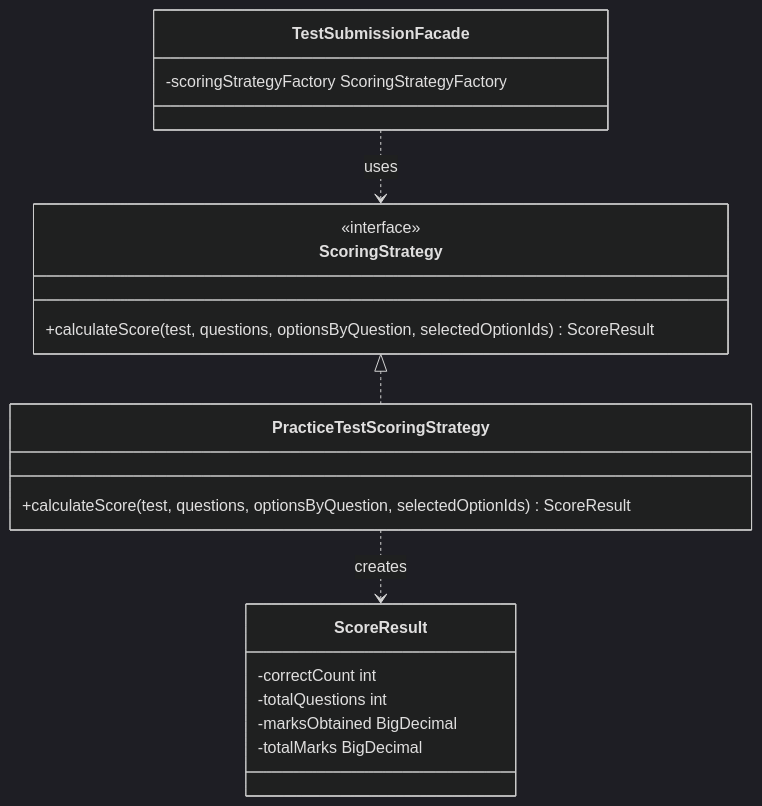
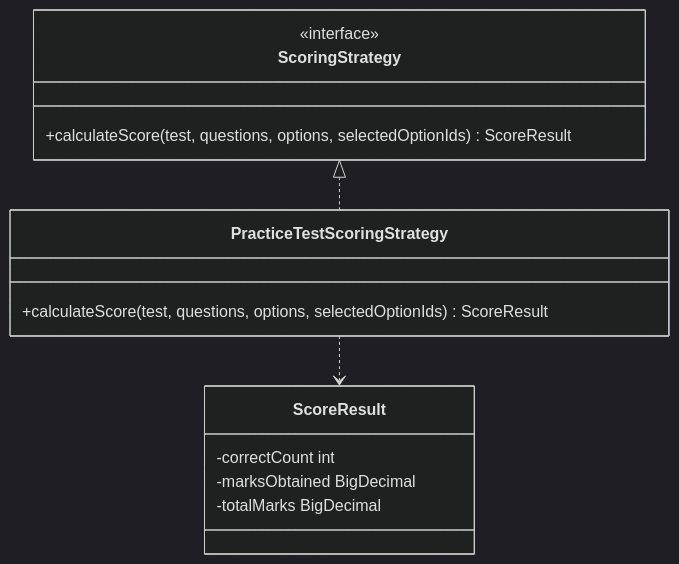
The first of 5 diagrams in backend/src/main/java/com/ieltsbeta/backend/pattern/DESIGN_PATTERNS.md (shook-04/IELTS-BETA), drawn with Mermaid (dark theme) before and after one commit. The commit also changed other lines of this file and 1 other file, not shown here.

````diff
--- a/backend/src/main/java/com/ieltsbeta/backend/pattern/DESIGN_PATTERNS.md
+++ b/backend/src/main/java/com/ieltsbeta/backend/pattern/DESIGN_PATTERNS.md
@@ -18,22 +17,17 @@
 ```mermaid
 classDiagram
     class ScoringStrategy {
         <<interface>>
-        +calculateScore(test, questions, optionsByQuestion, selectedOptionIds) ScoreResult
+        +calculateScore(test, questions, options, selectedOptionIds) ScoreResult
     }
     class PracticeTestScoringStrategy {
-        +calculateScore(test, questions, optionsByQuestion, selectedOptionIds) ScoreResult
+        +calculateScore(test, questions, options, selectedOptionIds) ScoreResult
     }
     class ScoreResult {
         -correctCount int
-        -totalQuestions int
         -marksObtained BigDecimal
         -totalMarks BigDecimal
     }
-    class TestSubmissionFacade {
-        -scoringStrategyFactory ScoringStrategyFactory
-    }
     ScoringStrategy <|.. PracticeTestScoringStrategy
-    PracticeTestScoringStrategy ..> ScoreResult : creates
-    TestSubmissionFacade ..> ScoringStrategy : uses
+    PracticeTestScoringStrategy ..> ScoreResult
 ```
````
